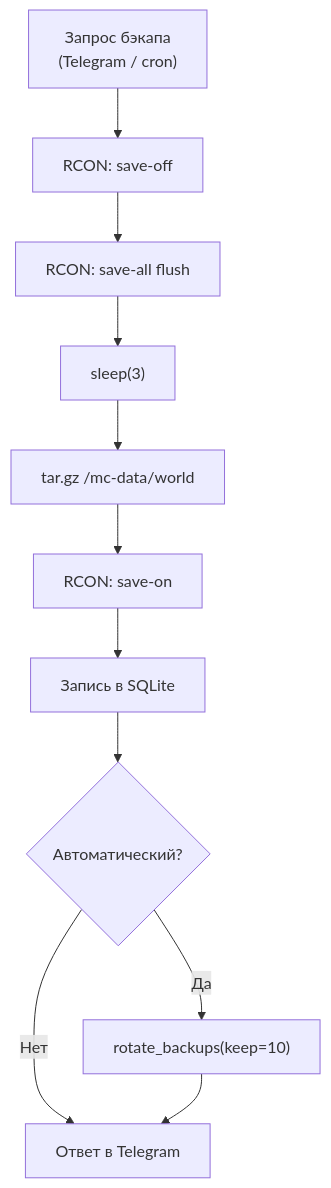
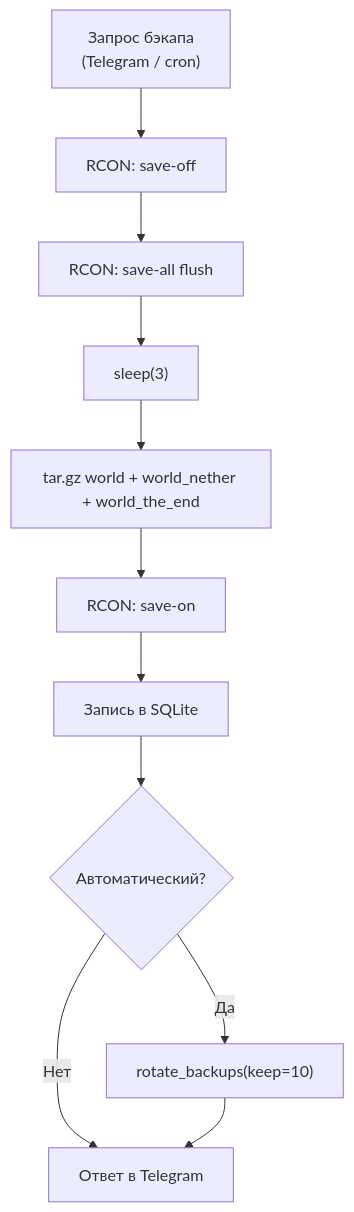
The fourth of 4 diagrams in README.md (MuKeLaNGlo/minecraft-server), drawn with Mermaid before and after one commit. The commit also changed other lines of this file and 24 other files, not shown here.

````diff
--- a/README.md
+++ b/README.md
@@ -529,13 +575,13 @@
 ```mermaid
 flowchart TD
     A["Запрос бэкапа<br/>(Telegram / cron)"] --> B["RCON: save-off"]
     B --> C["RCON: save-all flush"]
     C --> D["sleep(3)"]
-    D --> E["tar.gz /mc-data/world"]
+    D --> E["tar.gz world + world_nether + world_the_end"]
     E --> F["RCON: save-on"]
     F --> G["Запись в SQLite"]
     G --> H{"Автоматический?"}
     H -->|Да| I["rotate_backups(keep=10)"]
     H -->|Нет| J["Ответ в Telegram"]
     I --> J
 ```
````
